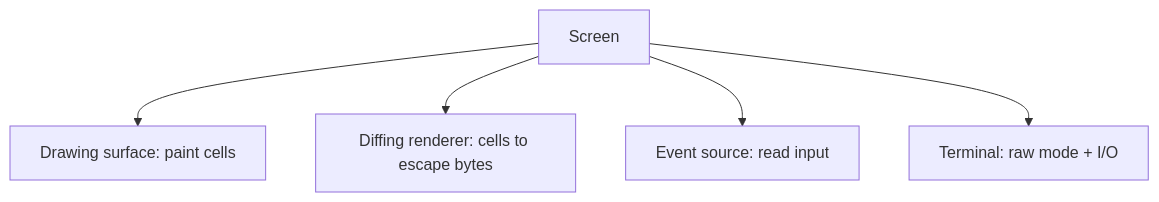
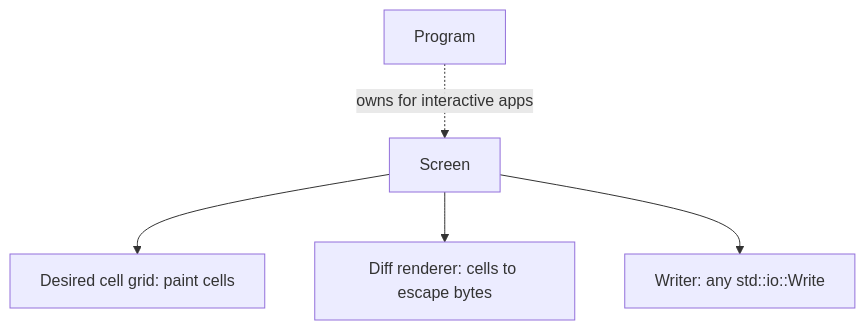
Before and after one commit to aymanbagabas/uncurses: the first of 2 diagrams in website/content/docs/concepts/screen.md, drawn with Mermaid. The commit also changed other lines of this file and 28 other files, not shown here.

First line of the commit message:
docs: document the Screen/Program split

````diff
--- a/website/content/docs/concepts/screen.md
+++ b/website/content/docs/concepts/screen.md
@@ -14,7 +17,7 @@
 ```mermaid
 flowchart TB
-  screen["Screen"] --> surface["Drawing surface: paint cells"]
-  screen --> renderer["Diffing renderer: cells to escape bytes"]
-  screen --> source["Event source: read input"]
-  screen --> terminal["Terminal: raw mode + I/O"]
+  screen["Screen<W>"] --> grid["Desired cell grid: paint cells"]
+  screen --> renderer["Diff renderer: cells to escape bytes"]
+  screen --> writer["Writer: any std::io::Write"]
+  program["Program<I, O>"] -. owns for interactive apps .-> screen
 ```
````
